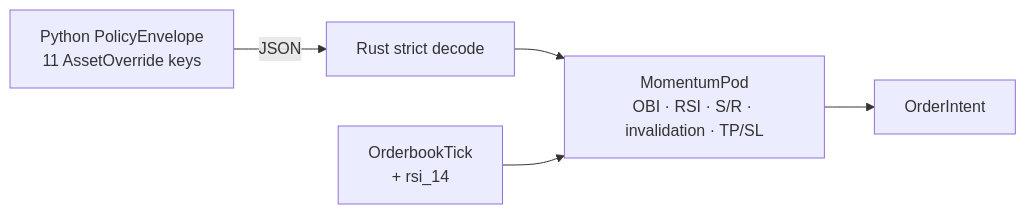
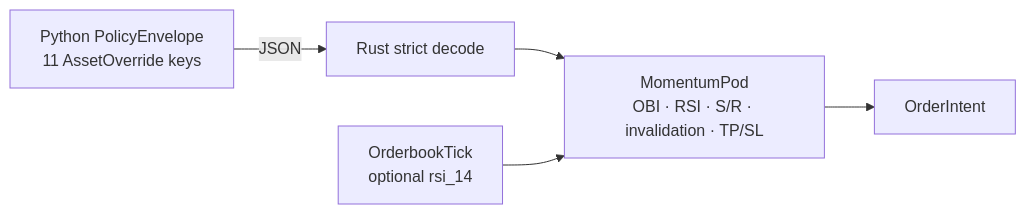
One commit to hcross/robotrader changed the diagram in openspec/changes/align-asset-override-contract/proposal.md. Above: the diagram before and after it, drawn with Mermaid. The commit also changed other lines of this file and 6 other files, not shown here.

````diff
--- a/openspec/changes/align-asset-override-contract/proposal.md
+++ b/openspec/changes/align-asset-override-contract/proposal.md
@@ -12,7 +12,7 @@
 ```mermaid
 flowchart LR
   PY["Python PolicyEnvelope<br/>11 AssetOverride keys"] -->|JSON| RS["Rust strict decode"]
   RS --> POD["MomentumPod<br/>OBI · RSI · S/R · invalidation · TP/SL"]
-  TICK["OrderbookTick<br/>+ rsi_14"] --> POD
+  TICK["OrderbookTick<br/>optional rsi_14"] --> POD
   POD --> INTENT["OrderIntent"]
 ```
````
